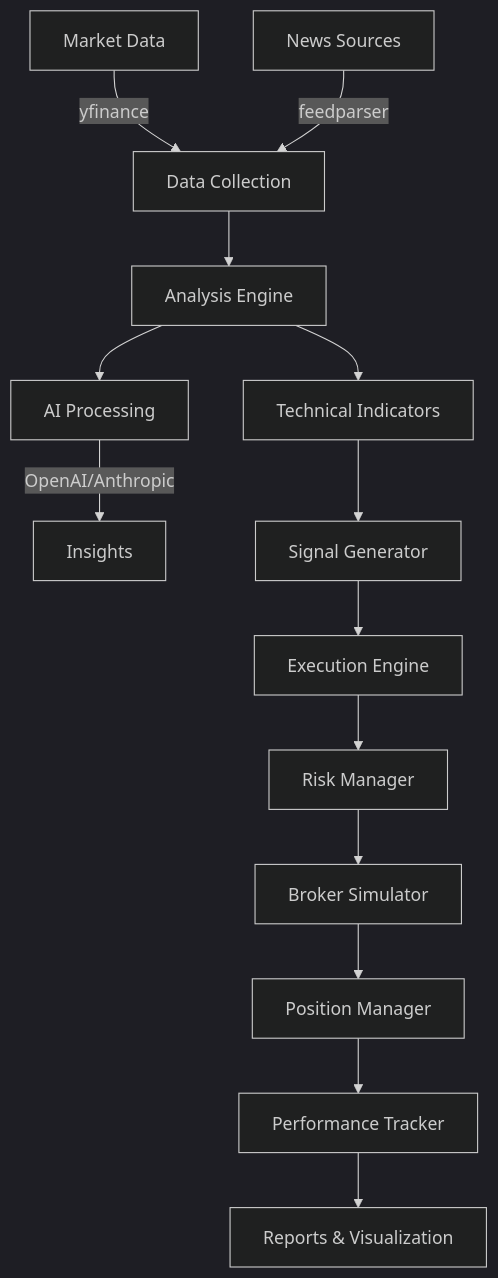
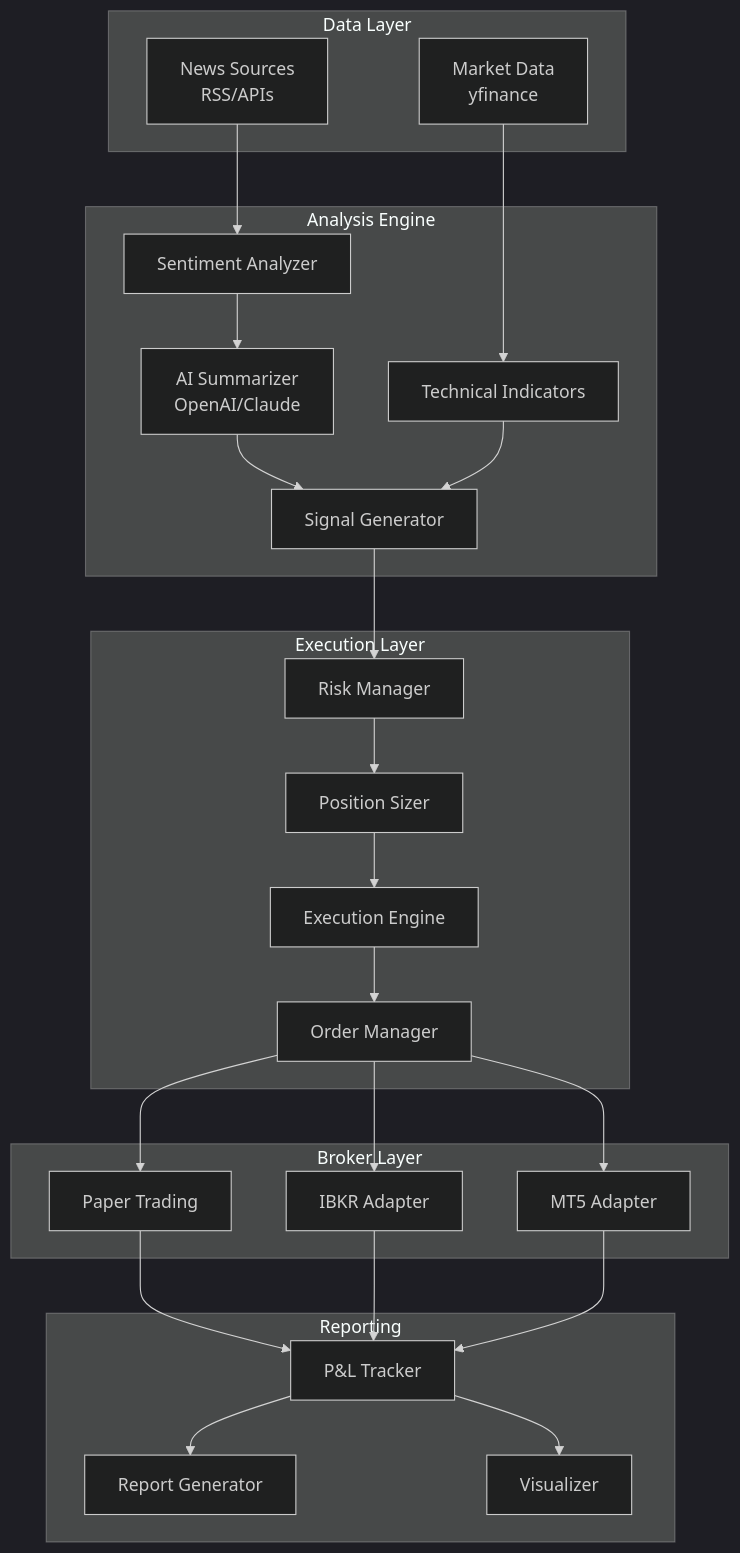
The diagram in docs/index.md (TechNatool/zenmarket-ai), drawn with Mermaid (dark theme) before and after one commit. The commit also changed other lines of this file and 16 other files, not shown here.

````diff
--- a/docs/index.md
+++ b/docs/index.md
@@ -27,16 +94,51 @@
 ```mermaid
 graph TB
-    A[Market Data] -->|yfinance| B[Data Collection]
-    C[News Sources] -->|feedparser| B
-    B --> D[Analysis Engine]
-    D --> E[AI Processing]
-    E -->|OpenAI/Anthropic| F[Insights]
-    D --> G[Technical Indicators]
-    G --> H[Signal Generator]
-    H --> I[Execution Engine]
-    I --> J[Risk Manager]
-    J --> K[Broker Simulator]
-    K --> L[Position Manager]
-    L --> M[Performance Tracker]
-    M --> N[Reports & Visualization]
+    subgraph "Data Layer"
+        A[Market Data<br/>yfinance]
+        B[News Sources<br/>RSS/APIs]
+    end
+
+    subgraph "Analysis Engine"
+        C[Sentiment Analyzer]
+        D[AI Summarizer<br/>OpenAI/Claude]
+        E[Technical Indicators]
+        F[Signal Generator]
+    end
+
+    subgraph "Execution Layer"
+        G[Risk Manager]
+        H[Position Sizer]
+        I[Execution Engine]
+        J[Order Manager]
+    end
+
+    subgraph "Broker Layer"
+        K[Paper Trading]
+        L[IBKR Adapter]
+        M[MT5 Adapter]
+    end
+
+    subgraph "Reporting"
+        N[Report Generator]
+        O[Visualizer]
+        P[P&L Tracker]
+    end
+
+    A --> E
+    B --> C
+    C --> D
+    D --> F
+    E --> F
+    F --> G
+    G --> H
+    H --> I
+    I --> J
+    J --> K
+    J --> L
+    J --> M
+    K --> P
+    L --> P
+    M --> P
+    P --> N
+    P --> O
 ```
````
